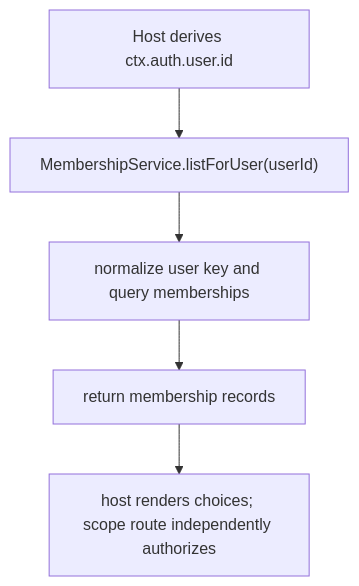
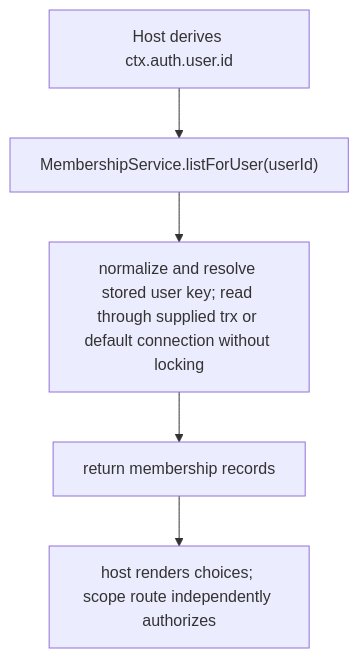
The second of 2 diagrams in user-stories/US-ACCESS-19-view-my-memberships.md (Kevinjohn/oss-adonisjs-access-control), drawn with Mermaid before and after one commit. The commit also changed other lines of this file and 31 other files, not shown here.

````diff
--- a/user-stories/US-ACCESS-19-view-my-memberships.md
+++ b/user-stories/US-ACCESS-19-view-my-memberships.md
@@ -33,7 +33,7 @@
 ```mermaid
 flowchart TD
     A["Host derives ctx.auth.user.id"] --> B["MembershipService.listForUser(userId)"]
-    B --> C["normalize user key and query memberships"]
+    B --> C["normalize and resolve stored user key; read through supplied trx or default connection without locking"]
     C --> D["return membership records"]
     D --> E["host renders choices; scope route independently authorizes"]
 ```
````
